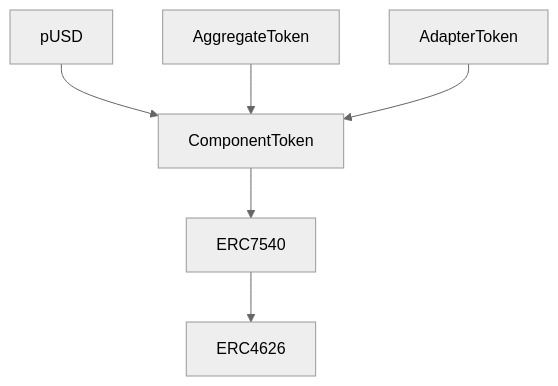
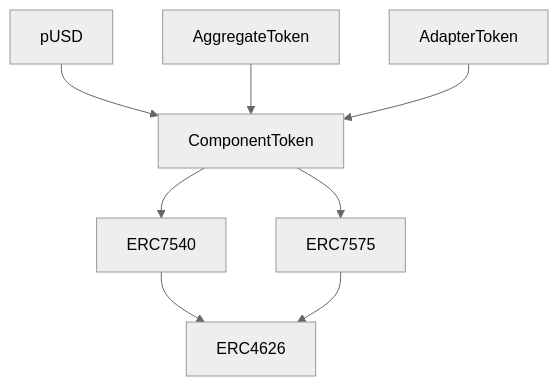
The diagram in nest/README.md (plumenetwork/contracts), drawn with Mermaid (neutral theme) before and after one commit.

Commit message:
formatting

````diff
--- a/nest/README.md
+++ b/nest/README.md
@@ -21,8 +21,10 @@
 ```mermaid
 graph TD
 A[pUSD] --> B[ComponentToken]
 C[AggregateToken] --> B[ComponentToken]
 D[AdapterToken] --> B[ComponentToken]
-B --> E[ERC7540]
-E --> F[ERC4626]
+B --> T[ERC7540]
+T[ERC7540] --> E[ERC4626]
+B --> g[ERC7575]
+g[ERC7575] --> E[ERC4626]
 ```
````
